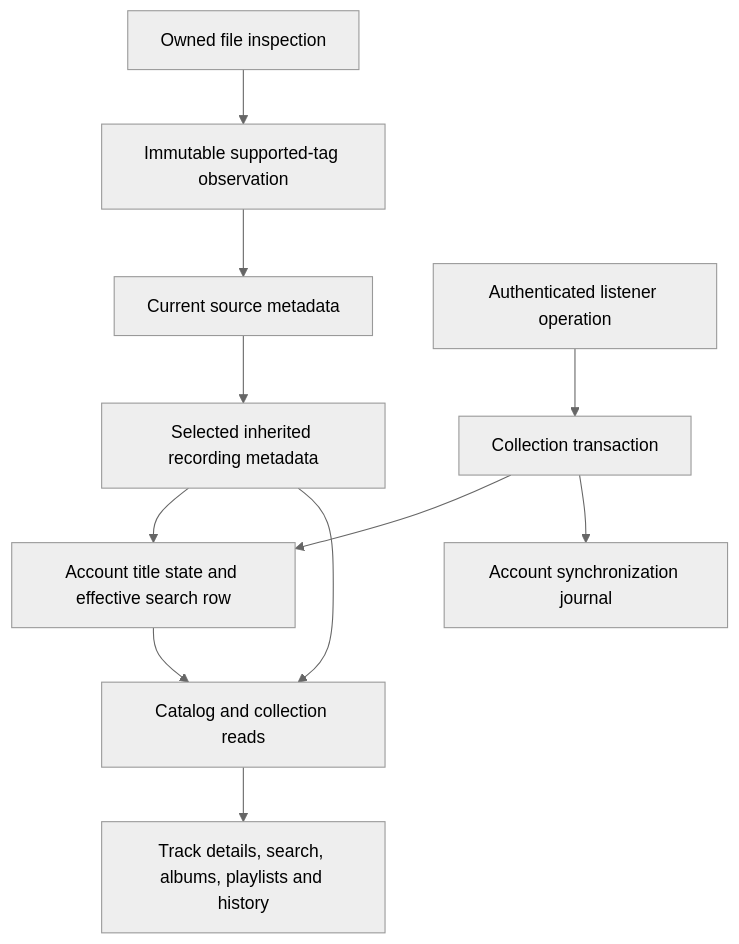
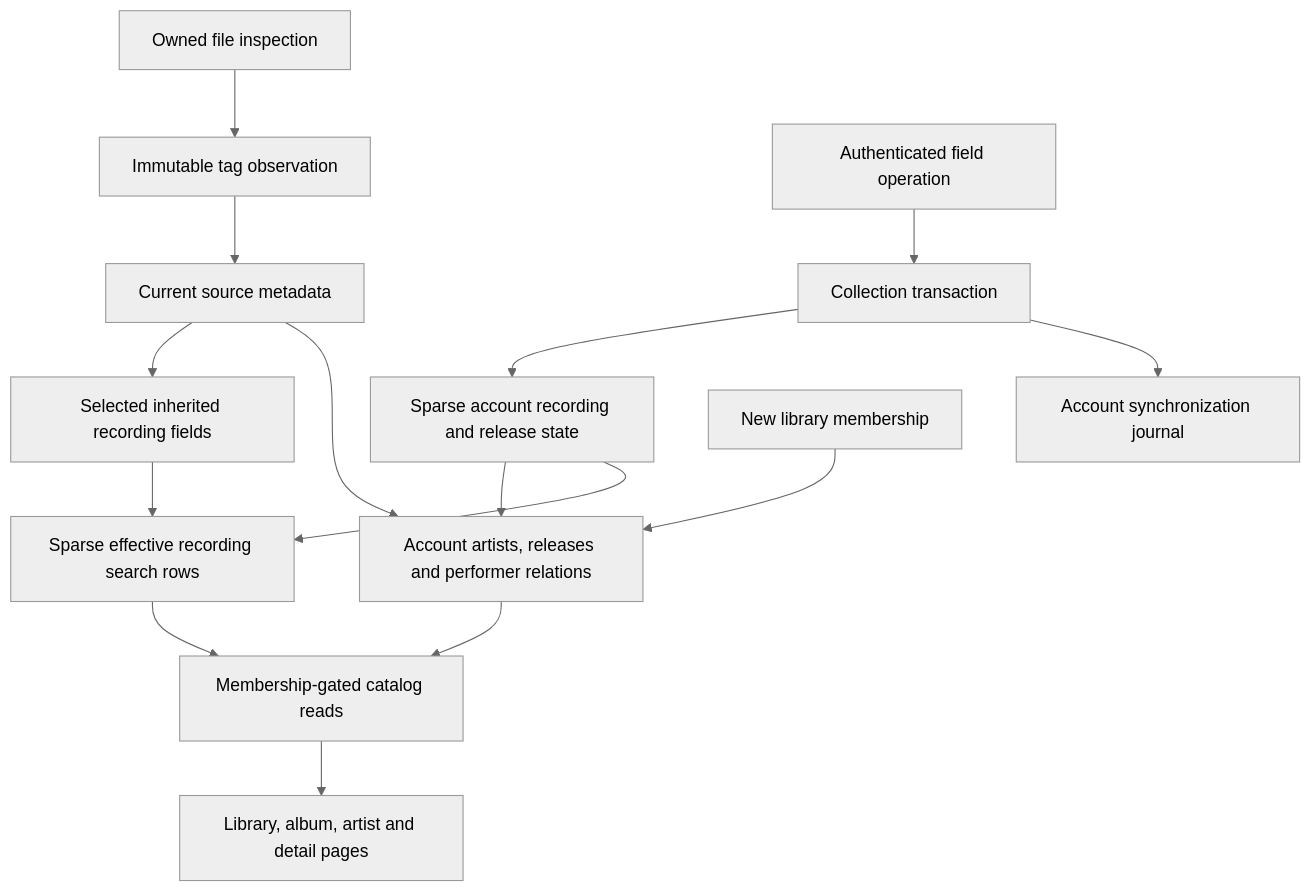
The diagram in docs/metadata.md (acidiney/hitoapp), drawn with Mermaid (neutral theme) before and after one commit. The commit also changed other lines of this file and 1 other file, not shown here.

Commit message:
Document personal catalog ownership and field editing behavior

````diff
--- a/docs/metadata.md
+++ b/docs/metadata.md
@@ -33,13 +48,17 @@
 ```mermaid
 flowchart TD
-    File[Owned file inspection] --> Observation[Immutable supported-tag observation]
-    Observation --> Current[Current source metadata]
-    Current --> Selected[Selected inherited recording metadata]
-    Listener[Authenticated listener operation] --> Collection[Collection transaction]
-    Collection --> Personal[Account title state and effective search row]
+    File[Owned file inspection] --> Observation[Immutable tag observation]
+    Observation --> Source[Current source metadata]
+    Source --> Selected[Selected inherited recording fields]
+    Listener[Authenticated field operation] --> Collection[Collection transaction]
+    Collection --> Overrides[Sparse account recording and release state]
     Collection --> Journal[Account synchronization journal]
-    Selected --> Personal
-    Selected --> Catalog[Catalog and collection reads]
-    Personal --> Catalog
-    Catalog --> UI[Track details, search, albums, playlists and history]
+    Source --> Projection[Account artists, releases and performer relations]
+    Overrides --> Projection
+    Grant[New library membership] --> Projection
+    Selected --> Search[Sparse effective recording search rows]
+    Overrides --> Search
+    Projection --> Catalog[Membership-gated catalog reads]
+    Search --> Catalog
+    Catalog --> UI[Library, album, artist and detail pages]
 ```
````
